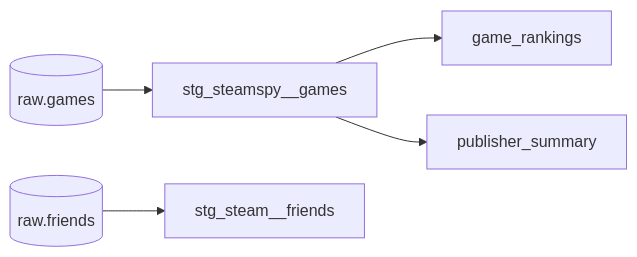
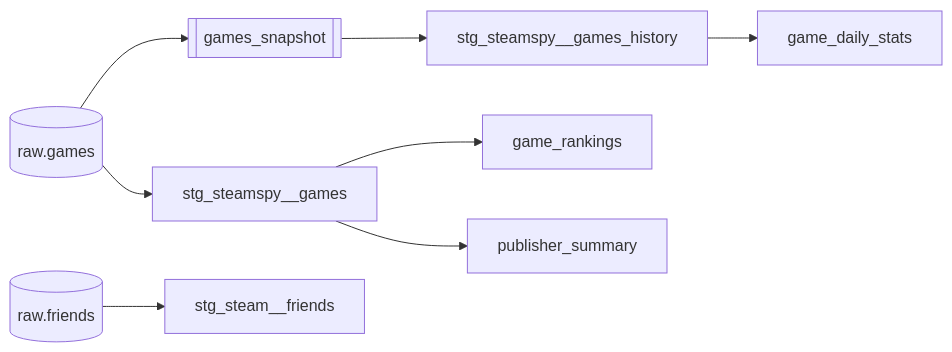
The second of 2 diagrams in README.md (dang2b/steam-analytics), drawn with Mermaid before and after one commit. The commit also changed other lines of this file and 7 other files, not shown here.

Commit message:
feat: track daily game history with dbt snapshot

````diff
--- a/README.md
+++ b/README.md
@@ -71,7 +71,10 @@
 ```mermaid
 flowchart LR
     g[(raw.games)] --> sg[stg_steamspy__games]
+    g --> snap[[games_snapshot]]
+    snap --> sh[stg_steamspy__games_history]
     f[(raw.friends)] --> sf[stg_steam__friends]
     sg --> gr[game_rankings]
     sg --> ps[publisher_summary]
+    sh --> ds[game_daily_stats]
 ```
````
